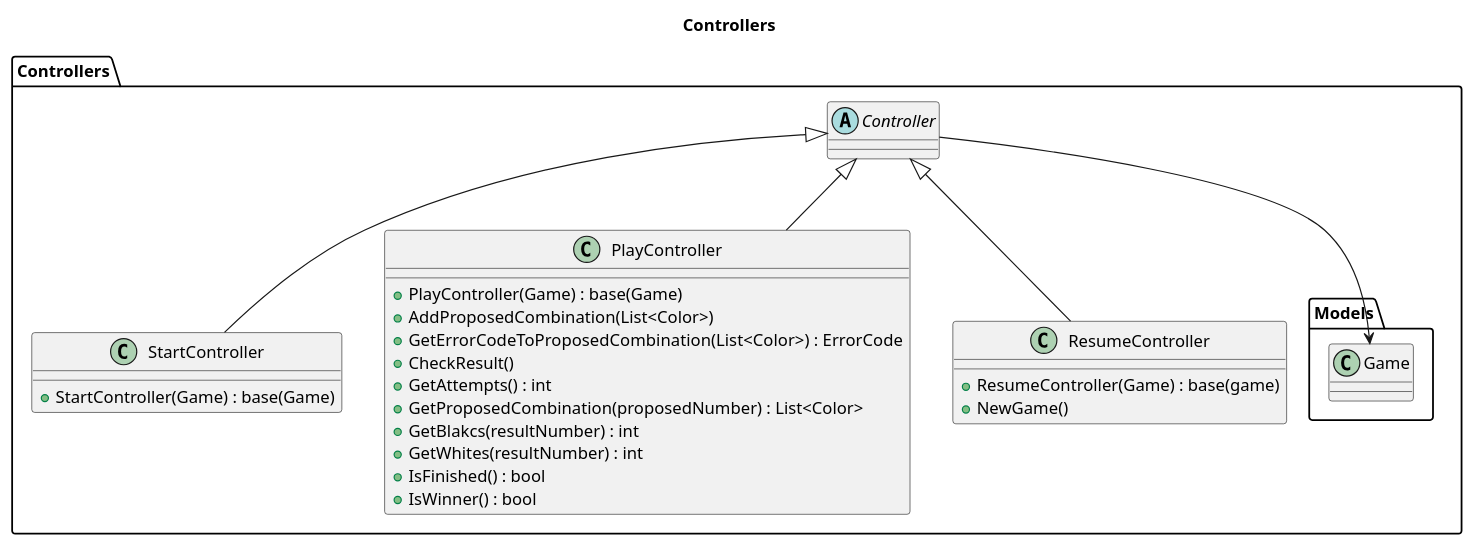
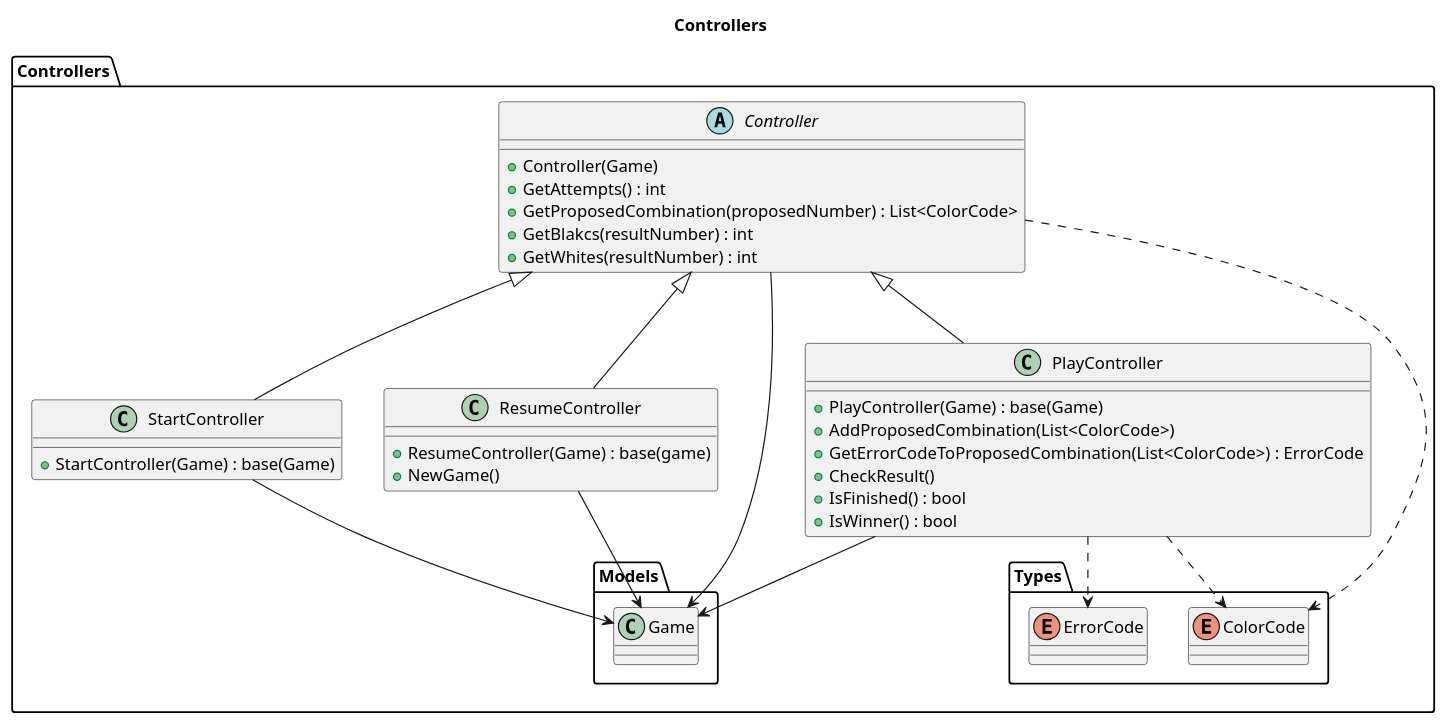
The diagram in src/Mastermind/ModelViewPresenter/PresentationModel/Basic/docs/Contronllers.plantuml (franpaulinoinfante/MasterSoftwareDevelopment), drawn with PlantUML before and after one commit. The commit also changed 12 other files, not shown here.

```diff
--- a/src/Mastermind/ModelViewPresenter/PresentationModel/Basic/docs/Contronllers.plantuml
+++ b/src/Mastermind/ModelViewPresenter/PresentationModel/Basic/docs/Contronllers.plantuml
@@ -1,33 +1,43 @@
 @startuml Controllers
 title Controllers
 namespace Controllers{    
     abstract Controller{
+        +Controller(Game)
+        +GetAttempts() : int
+        +GetProposedCombination(proposedNumber) : List<ColorCode>
+        +GetBlakcs(resultNumber) : int
+        +GetWhites(resultNumber) : int
     }
     Controller --> Models.Game    
     Controller <|-- StartController
     Controller <|-- PlayController
     Controller <|-- ResumeController
+    Controller ..> Types.ColorCode
 
     class StartController{
         +StartController(Game) : base(Game)
     }
+    StartController --> Models.Game    
 
     class PlayController{
         +PlayController(Game) : base(Game)
-        +AddProposedCombination(List<Color>)
-        +GetErrorCodeToProposedCombination(List<Color>) : ErrorCode
+        +AddProposedCombination(List<ColorCode>)
+        +GetErrorCodeToProposedCombination(List<ColorCode>) : ErrorCode
         +CheckResult()
-        +GetAttempts() : int
-        +GetProposedCombination(proposedNumber) : List<Color>
-        +GetBlakcs(resultNumber) : int
-        +GetWhites(resultNumber) : int
         +IsFinished() : bool
         +IsWinner() : bool
     }
+    PlayController --> Models.Game    
+    PlayController ..> Types.ColorCode
+    PlayController ..> Types.ErrorCode
 
     class ResumeController{
         +ResumeController(Game) : base(game)
         +NewGame()
     }
+    ResumeController --> Models.Game    
+
+    enum Types.ErrorCode{}
+    enum Types.ColorCode{}
 }
 @enduml
```
